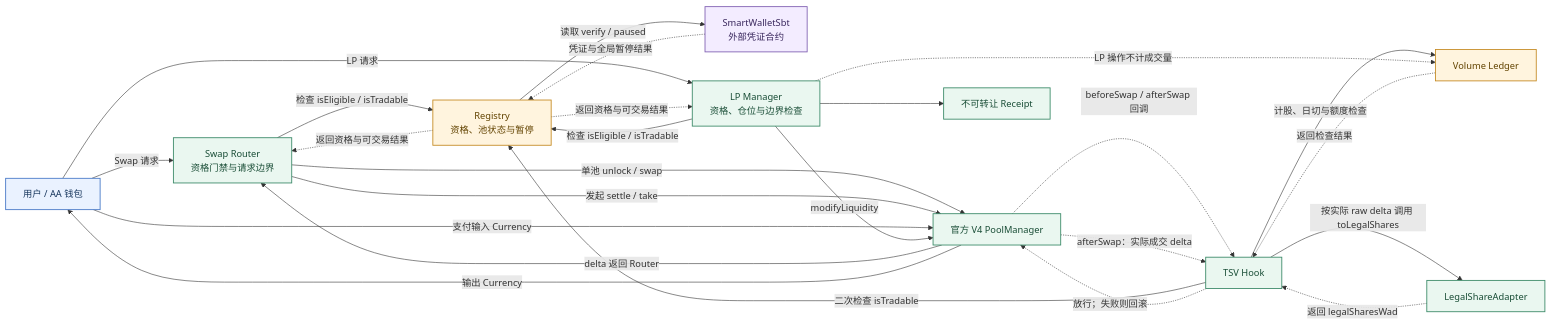
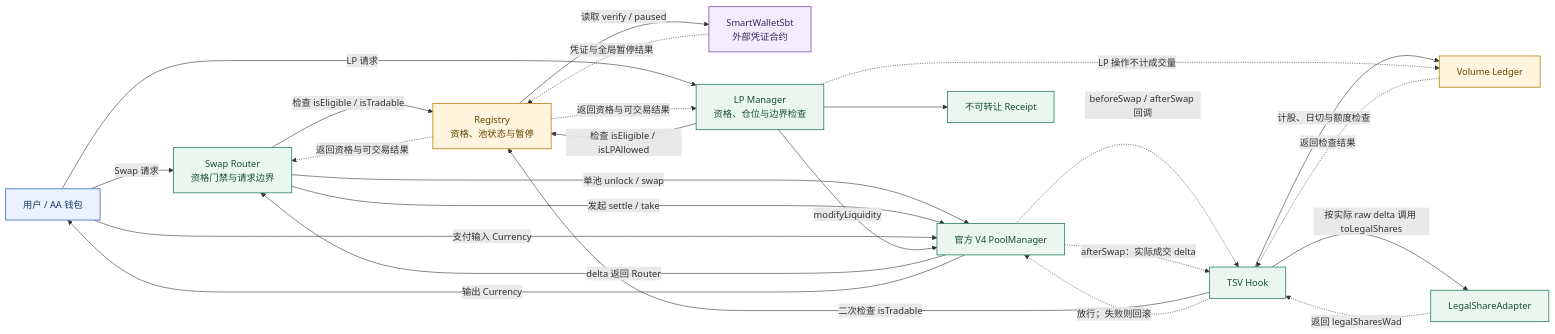
The second of 10 diagrams in docs/SYSTEMS_OVERVIEW.md (okx/tsv), drawn with Mermaid before and after one commit. The commit also changed other lines of this file and 15 other files, not shown here.

````diff
--- a/docs/SYSTEMS_OVERVIEW.md
+++ b/docs/SYSTEMS_OVERVIEW.md
@@ -45,39 +45,39 @@
 ```mermaid
 flowchart LR
   U["用户 / AA 钱包"] -->|"Swap 请求"| R["Swap Router<br/>资格门禁与请求边界"]
   R -->|"检查 isEligible / isTradable"| RG["Registry<br/>资格、池状态与暂停"]
   RG -. "返回资格与可交易结果" .-> R
   RG -->|"读取 verify / paused"| SBT["SmartWalletSbt<br/>外部凭证合约"]
   SBT -. "凭证与全局暂停结果" .-> RG
   R -->|"单池 unlock / swap"| PM["官方 V4 PoolManager"]
   PM -. "beforeSwap / afterSwap 回调" .-> H["TSV Hook"]
   H -->|"二次检查 isTradable"| RG
   PM -. "afterSwap：实际成交 delta" .-> H
   H -->|"按实际 raw delta 调用 toLegalShares"| A["LegalShareAdapter"]
   A -. "返回 legalSharesWad" .-> H
   H -->|"计股、日切与额度检查"| VL["Volume Ledger"]
   VL -. "返回检查结果" .-> H
   H -. "放行；失败则回滚" .-> PM
   PM -->|"delta 返回 Router"| R
   R -->|"发起 settle / take"| PM
   U -->|"支付输入 Currency"| PM
   PM -->|"输出 Currency"| U
 
   U -->|"LP 请求"| LP["LP Manager<br/>资格、仓位与边界检查"]
-  LP -->|"检查 isEligible / isTradable"| RG
+  LP -->|"检查 isEligible / isLPAllowed"| RG
   RG -. "返回资格与可交易结果" .-> LP
   LP -->|"modifyLiquidity"| PM
   LP --> RC["不可转让 Receipt"]
   LP -. "LP 操作不计成交量" .-> VL
 
   style U fill:#EAF2FF,stroke:#4778C7,color:#17365D,stroke-width:1.5px
   style R fill:#EAF7F0,stroke:#3B8A68,color:#194D36,stroke-width:1.5px
   style PM fill:#EAF7F0,stroke:#3B8A68,color:#194D36,stroke-width:1.5px
   style H fill:#EAF7F0,stroke:#3B8A68,color:#194D36,stroke-width:1.5px
   style A fill:#EAF7F0,stroke:#3B8A68,color:#194D36,stroke-width:1.5px
   style LP fill:#EAF7F0,stroke:#3B8A68,color:#194D36,stroke-width:1.5px
   style RC fill:#EAF7F0,stroke:#3B8A68,color:#194D36,stroke-width:1.5px
   style RG fill:#FFF4DE,stroke:#C58B24,color:#624300,stroke-width:1.5px
   style VL fill:#FFF4DE,stroke:#C58B24,color:#624300,stroke-width:1.5px
   style SBT fill:#F3ECFF,stroke:#8061B2,color:#39275D,stroke-width:1.5px
 ```
````
